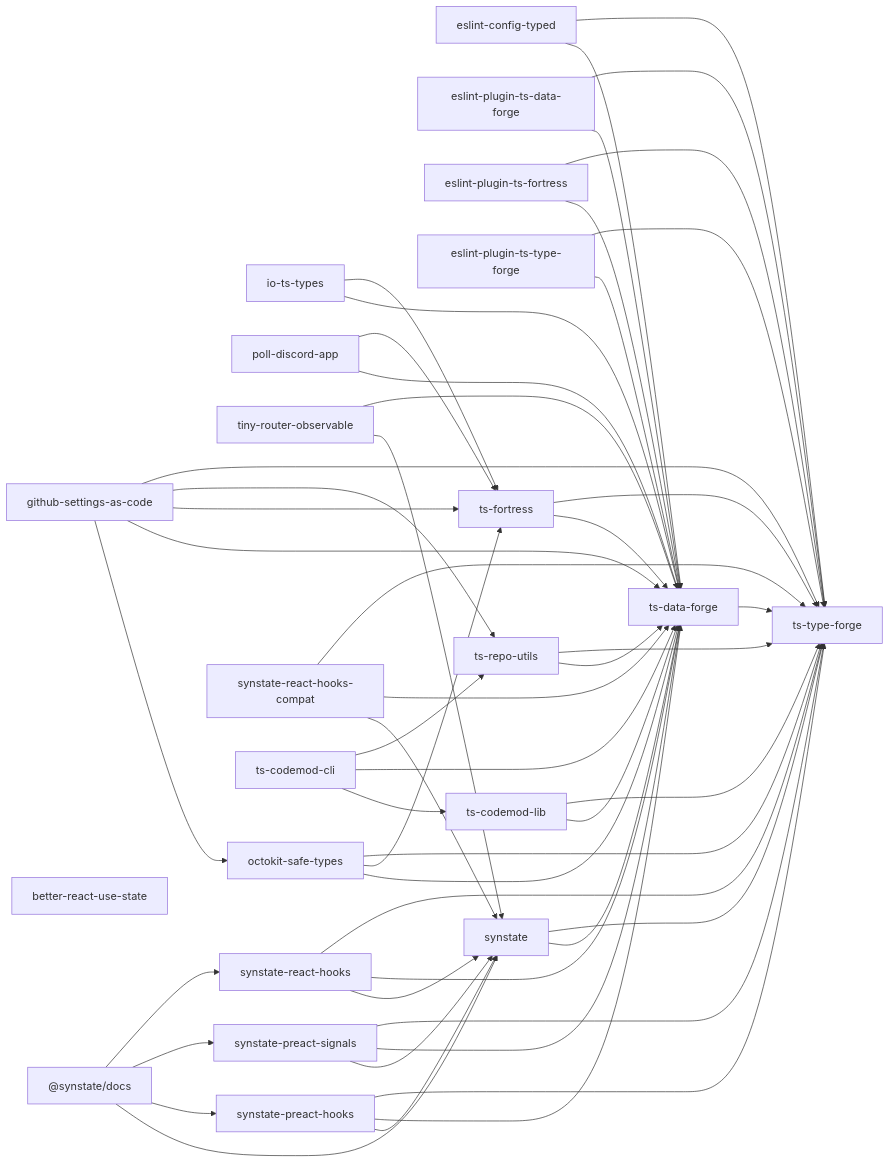
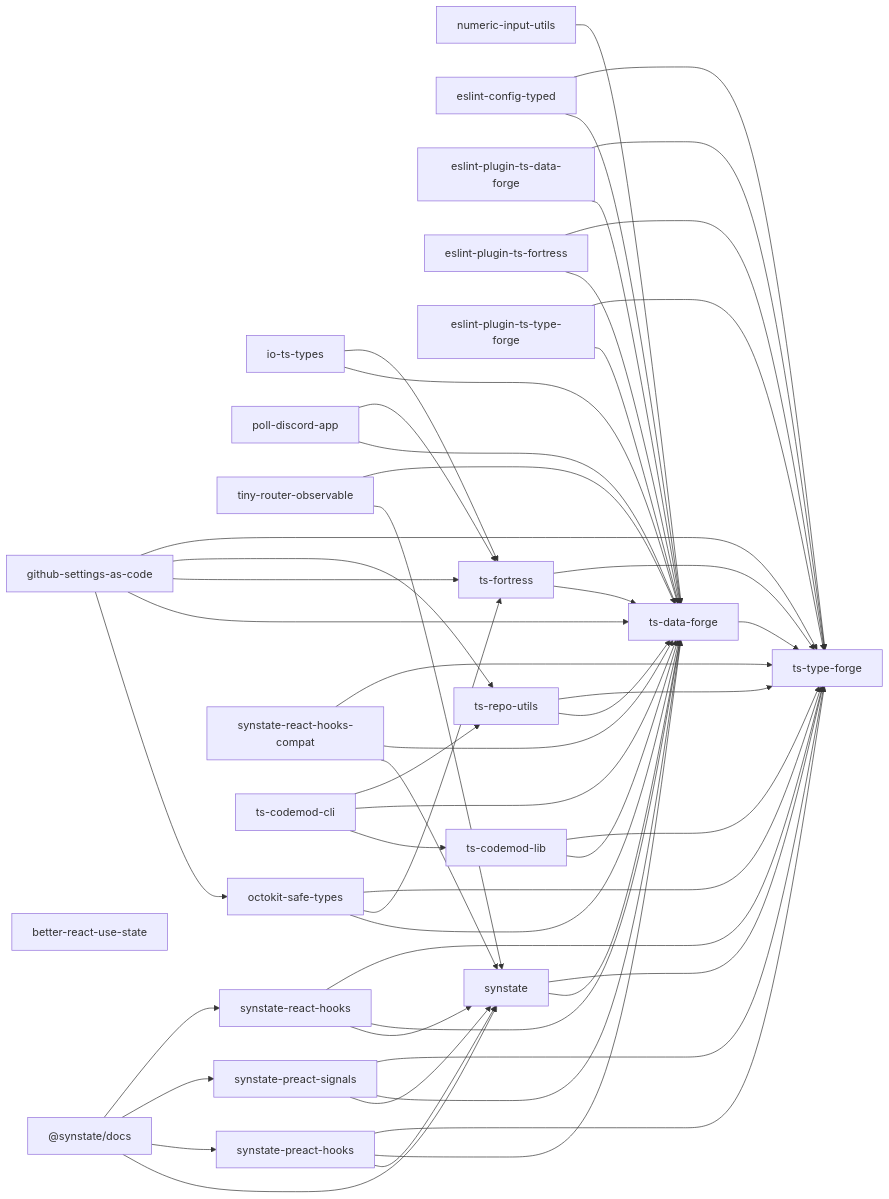
The diagram in docs/package-dependencies.md (noshiro-pf/mono), drawn with Mermaid before and after one commit. The commit also changed other lines of this file and 10 other files, not shown here.

First line of the commit message:
feat: restore numeric-input-utils from experimental/ (#1630)

````diff
--- a/docs/package-dependencies.md
+++ b/docs/package-dependencies.md
@@ -13,75 +13,77 @@
 ```mermaid
 graph LR
   io_ts_types["io-ts-types"]
+  numeric_input_utils["numeric-input-utils"]
   poll_discord_app["poll-discord-app"]
   _synstate_docs["@synstate/docs"]
   tiny_router_observable["tiny-router-observable"]
   better_react_use_state["better-react-use-state"]
   eslint_config_typed["eslint-config-typed"]
   eslint_plugin_ts_data_forge["eslint-plugin-ts-data-forge"]
   eslint_plugin_ts_fortress["eslint-plugin-ts-fortress"]
   eslint_plugin_ts_type_forge["eslint-plugin-ts-type-forge"]
   github_settings_as_code["github-settings-as-code"]
   octokit_safe_types["octokit-safe-types"]
   synstate["synstate"]
   synstate_preact_hooks["synstate-preact-hooks"]
   synstate_preact_signals["synstate-preact-signals"]
   synstate_react_hooks["synstate-react-hooks"]
   synstate_react_hooks_compat["synstate-react-hooks-compat"]
   ts_codemod_cli["ts-codemod-cli"]
   ts_codemod_lib["ts-codemod-lib"]
   ts_data_forge["ts-data-forge"]
   ts_fortress["ts-fortress"]
   ts_repo_utils["ts-repo-utils"]
   ts_type_forge["ts-type-forge"]
   io_ts_types --> ts_data_forge
   io_ts_types --> ts_fortress
+  numeric_input_utils --> ts_data_forge
   poll_discord_app --> ts_data_forge
   poll_discord_app --> ts_fortress
   _synstate_docs --> synstate
   _synstate_docs --> synstate_preact_hooks
   _synstate_docs --> synstate_preact_signals
   _synstate_docs --> synstate_react_hooks
   tiny_router_observable --> synstate
   tiny_router_observable --> ts_data_forge
   eslint_config_typed --> ts_data_forge
   eslint_config_typed --> ts_type_forge
   eslint_plugin_ts_data_forge --> ts_data_forge
   eslint_plugin_ts_data_forge --> ts_type_forge
   eslint_plugin_ts_fortress --> ts_data_forge
   eslint_plugin_ts_fortress --> ts_type_forge
   eslint_plugin_ts_type_forge --> ts_data_forge
   eslint_plugin_ts_type_forge --> ts_type_forge
   github_settings_as_code --> octokit_safe_types
   github_settings_as_code --> ts_data_forge
   github_settings_as_code --> ts_fortress
   github_settings_as_code --> ts_repo_utils
   github_settings_as_code --> ts_type_forge
   octokit_safe_types --> ts_data_forge
   octokit_safe_types --> ts_fortress
   octokit_safe_types --> ts_type_forge
   synstate --> ts_data_forge
   synstate --> ts_type_forge
   synstate_preact_hooks --> synstate
   synstate_preact_hooks --> ts_data_forge
   synstate_preact_hooks --> ts_type_forge
   synstate_preact_signals --> synstate
   synstate_preact_signals --> ts_data_forge
   synstate_preact_signals --> ts_type_forge
   synstate_react_hooks --> synstate
   synstate_react_hooks --> ts_data_forge
   synstate_react_hooks --> ts_type_forge
   synstate_react_hooks_compat --> synstate
   synstate_react_hooks_compat --> ts_data_forge
   synstate_react_hooks_compat --> ts_type_forge
   ts_codemod_cli --> ts_codemod_lib
   ts_codemod_cli --> ts_data_forge
   ts_codemod_cli --> ts_repo_utils
   ts_codemod_lib --> ts_data_forge
   ts_codemod_lib --> ts_type_forge
   ts_data_forge --> ts_type_forge
   ts_fortress --> ts_data_forge
   ts_fortress --> ts_type_forge
   ts_repo_utils --> ts_data_forge
   ts_repo_utils --> ts_type_forge
 ```
````
